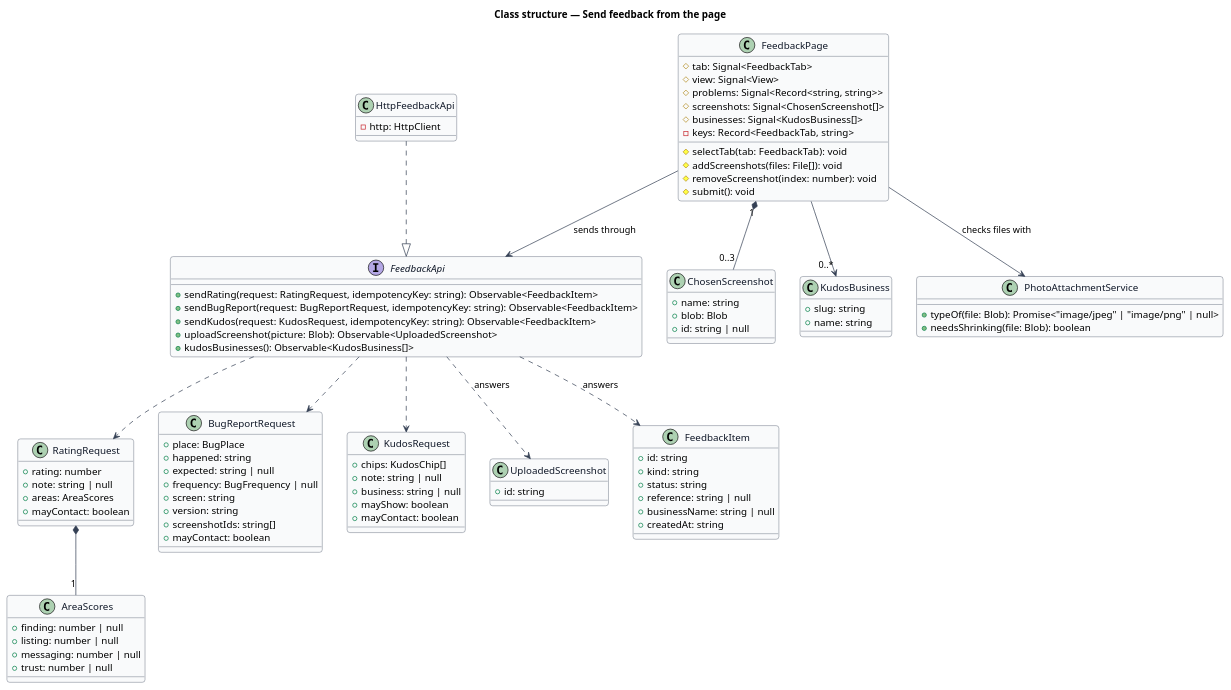
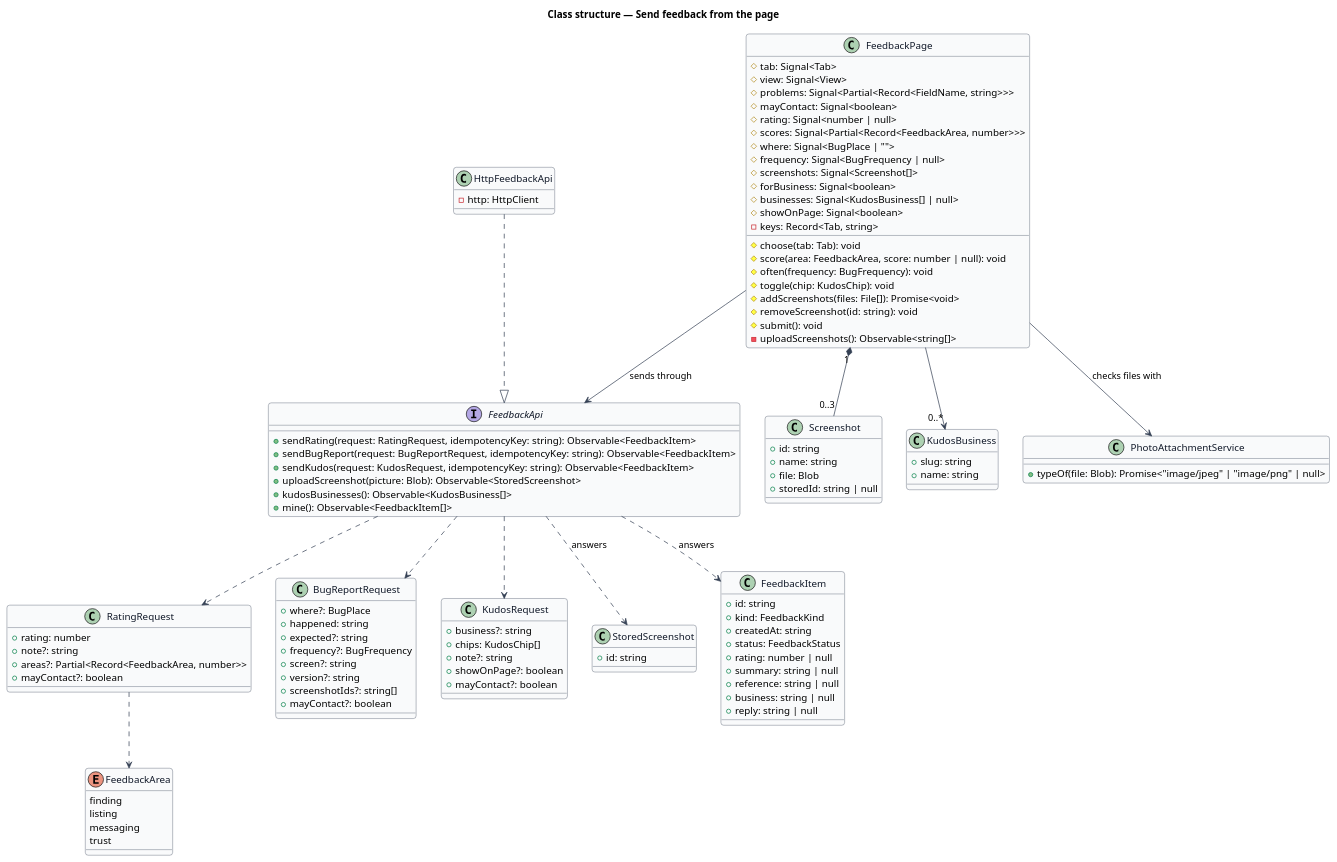
Before and after one commit to QuinntyneBrown/jubilee: the diagram in docs/detailed-designs/feedback/send-feedback-from-page/diagrams/class-structure.puml, drawn with PlantUML. The commit also changed 56 other files, not shown here.

```diff
--- a/docs/detailed-designs/feedback/send-feedback-from-page/diagrams/class-structure.puml
+++ b/docs/detailed-designs/feedback/send-feedback-from-page/diagrams/class-structure.puml
@@ -1,114 +1,129 @@
 @startuml
 ' --- shared skin header ---
 skinparam backgroundColor #FFFFFF
 skinparam shadowing false
 skinparam roundcorner 8
 skinparam defaultFontName Arial
 skinparam ArrowColor #344054
 skinparam class {
   BorderColor #344054
   FontColor #101828
   BackgroundColor #F9FAFB
 }
 ' --------------------------
 title Class structure — Send feedback from the page
 
 interface FeedbackApi {
   +sendRating(request: RatingRequest, idempotencyKey: string): Observable<FeedbackItem>
   +sendBugReport(request: BugReportRequest, idempotencyKey: string): Observable<FeedbackItem>
   +sendKudos(request: KudosRequest, idempotencyKey: string): Observable<FeedbackItem>
-  +uploadScreenshot(picture: Blob): Observable<UploadedScreenshot>
+  +uploadScreenshot(picture: Blob): Observable<StoredScreenshot>
   +kudosBusinesses(): Observable<KudosBusiness[]>
+  +mine(): Observable<FeedbackItem[]>
 }
 
 class HttpFeedbackApi {
   -http: HttpClient
 }
 
 class FeedbackPage {
-  #tab: Signal<FeedbackTab>
+  #tab: Signal<Tab>
   #view: Signal<View>
-  #problems: Signal<Record<string, string>>
-  #screenshots: Signal<ChosenScreenshot[]>
-  #businesses: Signal<KudosBusiness[]>
-  -keys: Record<FeedbackTab, string>
-  #selectTab(tab: FeedbackTab): void
-  #addScreenshots(files: File[]): void
-  #removeScreenshot(index: number): void
+  #problems: Signal<Partial<Record<FieldName, string>>>
+  #mayContact: Signal<boolean>
+  #rating: Signal<number | null>
+  #scores: Signal<Partial<Record<FeedbackArea, number>>>
+  #where: Signal<BugPlace | "">
+  #frequency: Signal<BugFrequency | null>
+  #screenshots: Signal<Screenshot[]>
+  #forBusiness: Signal<boolean>
+  #businesses: Signal<KudosBusiness[] | null>
+  #showOnPage: Signal<boolean>
+  -keys: Record<Tab, string>
+  #choose(tab: Tab): void
+  #score(area: FeedbackArea, score: number | null): void
+  #often(frequency: BugFrequency): void
+  #toggle(chip: KudosChip): void
+  #addScreenshots(files: File[]): Promise<void>
+  #removeScreenshot(id: string): void
   #submit(): void
+  -uploadScreenshots(): Observable<string[]>
 }
 
 class RatingRequest {
   +rating: number
-  +note: string | null
-  +areas: AreaScores
-  +mayContact: boolean
+  +note?: string
+  +areas?: Partial<Record<FeedbackArea, number>>
+  +mayContact?: boolean
 }
 
-class AreaScores {
-  +finding: number | null
-  +listing: number | null
-  +messaging: number | null
-  +trust: number | null
+enum FeedbackArea {
+  finding
+  listing
+  messaging
+  trust
 }
 
 class BugReportRequest {
-  +place: BugPlace
+  +where?: BugPlace
   +happened: string
-  +expected: string | null
-  +frequency: BugFrequency | null
-  +screen: string
-  +version: string
-  +screenshotIds: string[]
-  +mayContact: boolean
+  +expected?: string
+  +frequency?: BugFrequency
+  +screen?: string
+  +version?: string
+  +screenshotIds?: string[]
+  +mayContact?: boolean
 }
 
 class KudosRequest {
+  +business?: string
   +chips: KudosChip[]
-  +note: string | null
-  +business: string | null
-  +mayShow: boolean
-  +mayContact: boolean
+  +note?: string
+  +showOnPage?: boolean
+  +mayContact?: boolean
 }
 
-class ChosenScreenshot {
+class Screenshot {
+  +id: string
   +name: string
-  +blob: Blob
-  +id: string | null
+  +file: Blob
+  +storedId: string | null
 }
 
-class UploadedScreenshot {
+class StoredScreenshot {
   +id: string
 }
 
 class KudosBusiness {
   +slug: string
   +name: string
 }
 
 class FeedbackItem {
   +id: string
-  +kind: string
-  +status: string
+  +kind: FeedbackKind
+  +createdAt: string
+  +status: FeedbackStatus
+  +rating: number | null
+  +summary: string | null
   +reference: string | null
-  +businessName: string | null
-  +createdAt: string
+  +business: string | null
+  +reply: string | null
 }
 
 class PhotoAttachmentService {
   +typeOf(file: Blob): Promise<"image/jpeg" | "image/png" | null>
-  +needsShrinking(file: Blob): boolean
 }
 
 HttpFeedbackApi ..|> FeedbackApi
 FeedbackPage --> FeedbackApi : sends through
 FeedbackPage --> PhotoAttachmentService : checks files with
-FeedbackPage "1" *-- "0..3" ChosenScreenshot
+FeedbackPage "1" *-- "0..3" Screenshot
 FeedbackPage --> "0..*" KudosBusiness
-RatingRequest *-- "1" AreaScores
+RatingRequest ..> FeedbackArea
 FeedbackApi ..> RatingRequest
 FeedbackApi ..> BugReportRequest
 FeedbackApi ..> KudosRequest
-FeedbackApi ..> UploadedScreenshot : answers
+FeedbackApi ..> StoredScreenshot : answers
 FeedbackApi ..> FeedbackItem : answers
 @enduml
```
